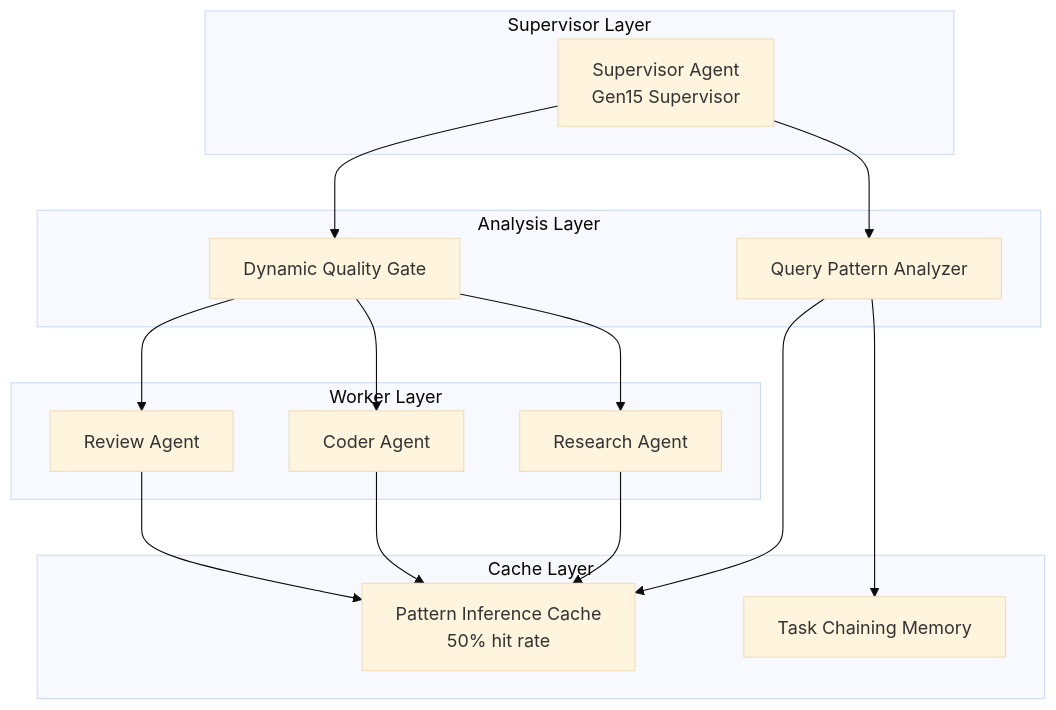
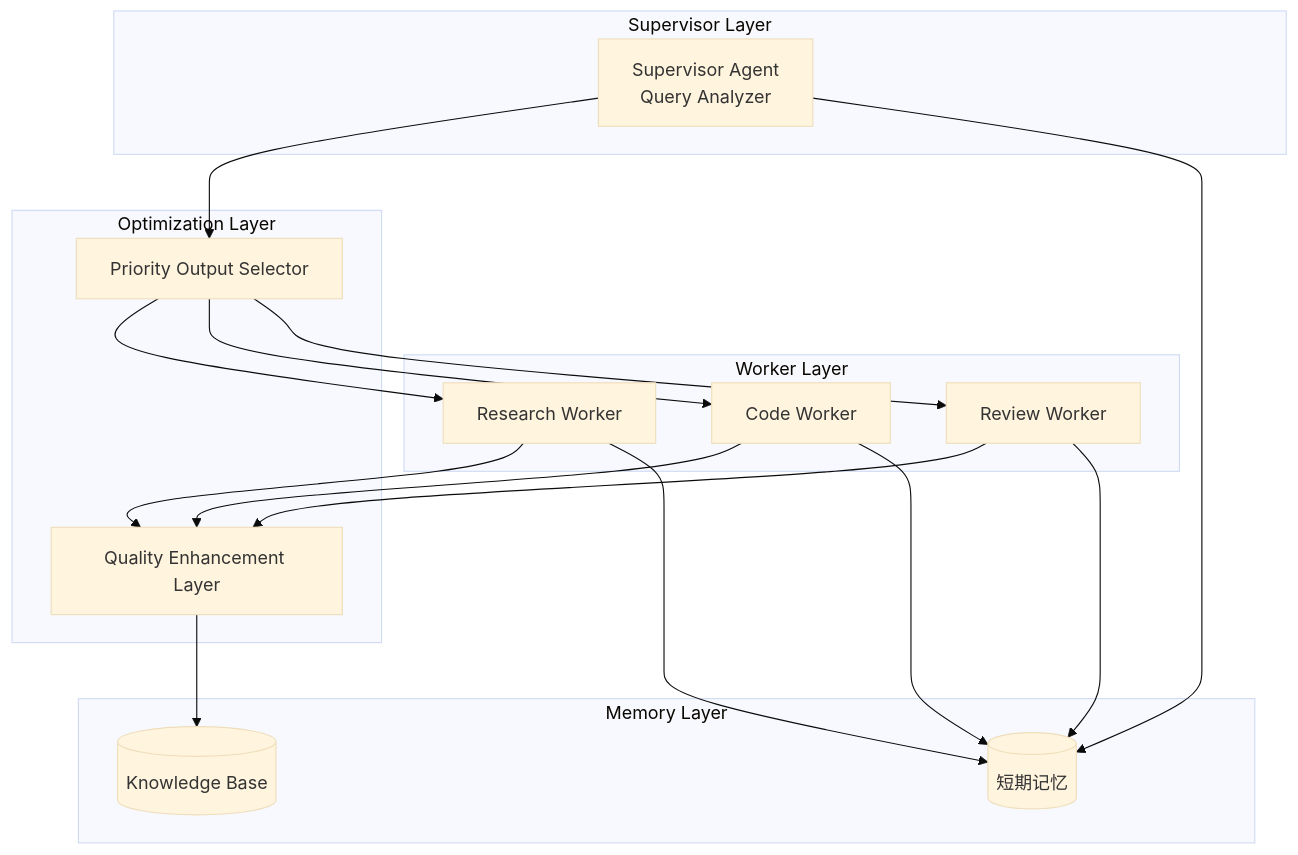
The diagram in ARCHITECTURE.md (xiangbianpangde/mas-evolution-test), drawn with Mermaid (base theme) before and after one commit. The commit also changed other lines of this file, not shown here.

Commit message:
Update ARCHITECTURE.md: Gen23 as current champion

````diff
--- a/ARCHITECTURE.md
+++ b/ARCHITECTURE.md
@@ -5,33 +5,35 @@
 ```mermaid
 graph TB
     subgraph "Supervisor Layer"
-        S[Supervisor Agent<br/>Gen15 Supervisor]
-    end
-    
-    subgraph "Analysis Layer"
-        PA[Query Pattern Analyzer]
-        QG[Dynamic Quality Gate]
-    end
-    
-    subgraph "Cache Layer"
-        PC[Pattern Inference Cache<br/>50% hit rate]
-        TC[Task Chaining Memory]
+        S[Supervisor Agent<br/>Query Analyzer]
     end
     
     subgraph "Worker Layer"
-        W1[Research Agent]
-        W2[Coder Agent]
-        W3[Review Agent]
+        W1[Research Worker]
+        W2[Code Worker]
+        W3[Review Worker]
     end
     
-    S --> PA
-    S --> QG
-    PA --> PC
-    PA --> TC
-    QG --> W1
-    QG --> W2
-    QG --> W3
-    W1 --> PC
-    W2 --> PC
-    W3 --> PC
+    subgraph "Optimization Layer"
+        P[Priority Output Selector]
+        Q[Quality Enhancement Layer]
+    end
+    
+    subgraph "Memory Layer"
+        KB[(Knowledge Base)]
+        MEM[(短期记忆)]
+    end
+    
+    S --> P
+    P --> W1
+    P --> W2
+    P --> W3
+    W1 --> Q
+    W2 --> Q
+    W3 --> Q
+    Q --> KB
+    S --> MEM
+    W1 --> MEM
+    W2 --> MEM
+    W3 --> MEM
 ```
````
